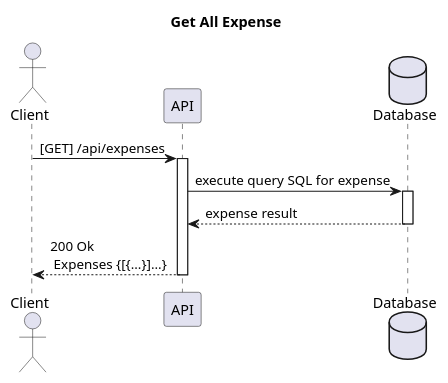
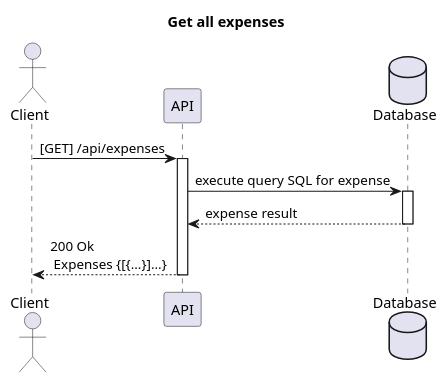
One commit to wasawaz/assessment changed the diagram in docs/sequence-diagram/exp04.plantuml. Above: the diagram before and after it, drawn with PlantUML. The commit also changed 2 other files, not shown here.

Commit message:
rename sequence title name

```diff
--- a/docs/sequence-diagram/exp04.plantuml
+++ b/docs/sequence-diagram/exp04.plantuml
@@ -1,17 +1,17 @@
 @startuml
 
-title: Get All Expense
+title: Get all expenses
 actor Client
 participant API
 database Database 
 
 Client -> API: [GET] /api/expenses
 activate API
 API -> Database: execute query SQL for expense
 activate Database
 Database --> API: expense result
 deactivate Database
 API --> Client: 200 Ok \n Expenses {[{...}]...}
 deactivate API
 
 @enduml
```
